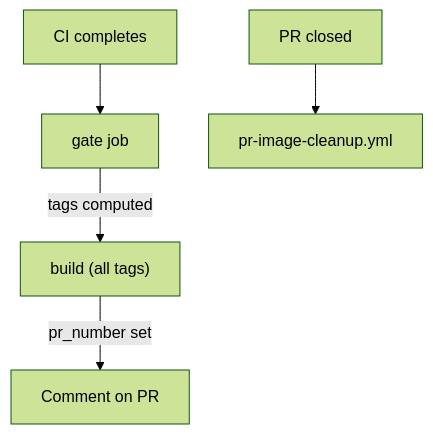
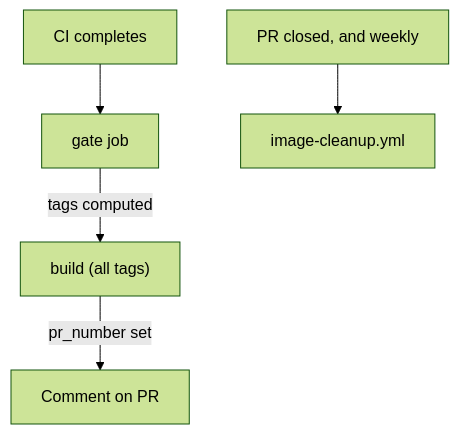
Before and after one commit to lipkau/mealie_translate: the diagram in docs/DOCKER_IMAGE_STRATEGY.md, drawn with Mermaid (forest theme). The commit also changed other lines of this file and 4 other files, not shown here.

````diff
--- a/docs/DOCKER_IMAGE_STRATEGY.md
+++ b/docs/DOCKER_IMAGE_STRATEGY.md
@@ -44,7 +44,7 @@
 ```mermaid
 flowchart TD
   CI[CI completes] --> gate[gate job]
   gate -->|"tags computed"| build["build (all tags)"]
   build -->|"pr_number set"| comment["Comment on PR"]
-  prClose["PR closed"] --> cleanup["pr-image-cleanup.yml"]
+  prClose["PR closed, and weekly"] --> cleanup["image-cleanup.yml"]
 ```
````
